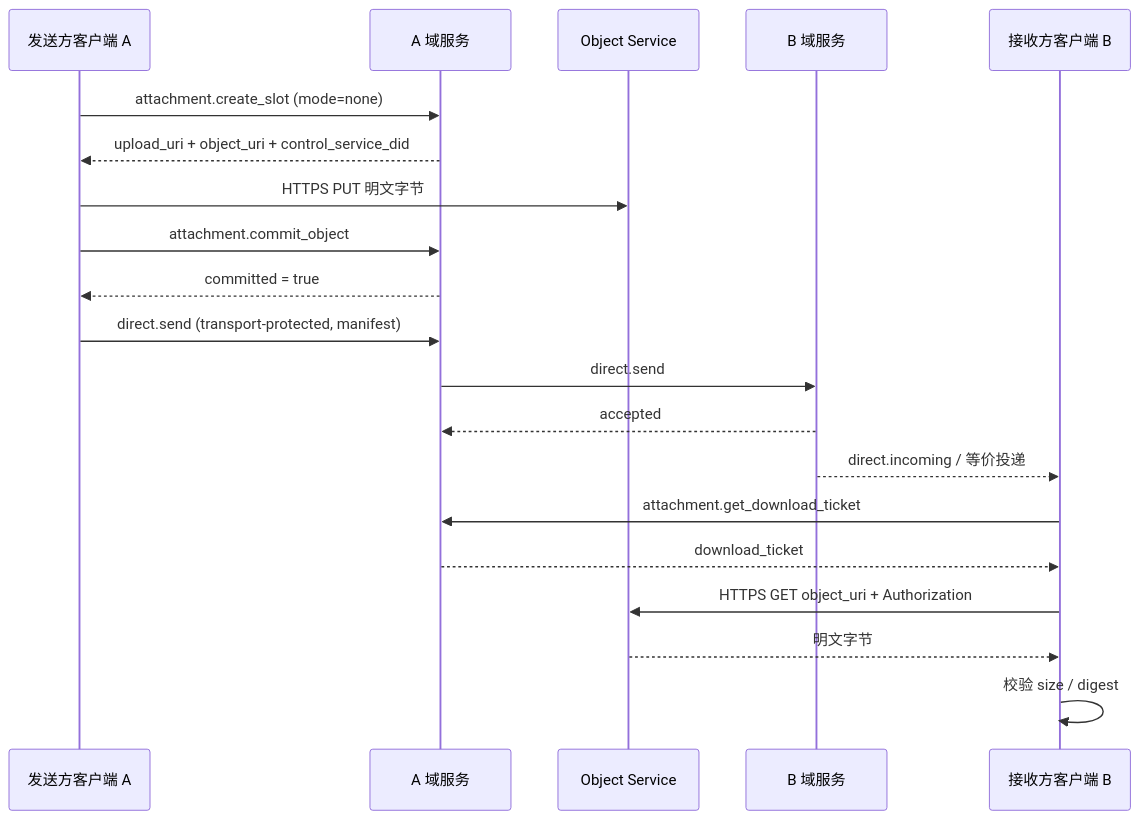
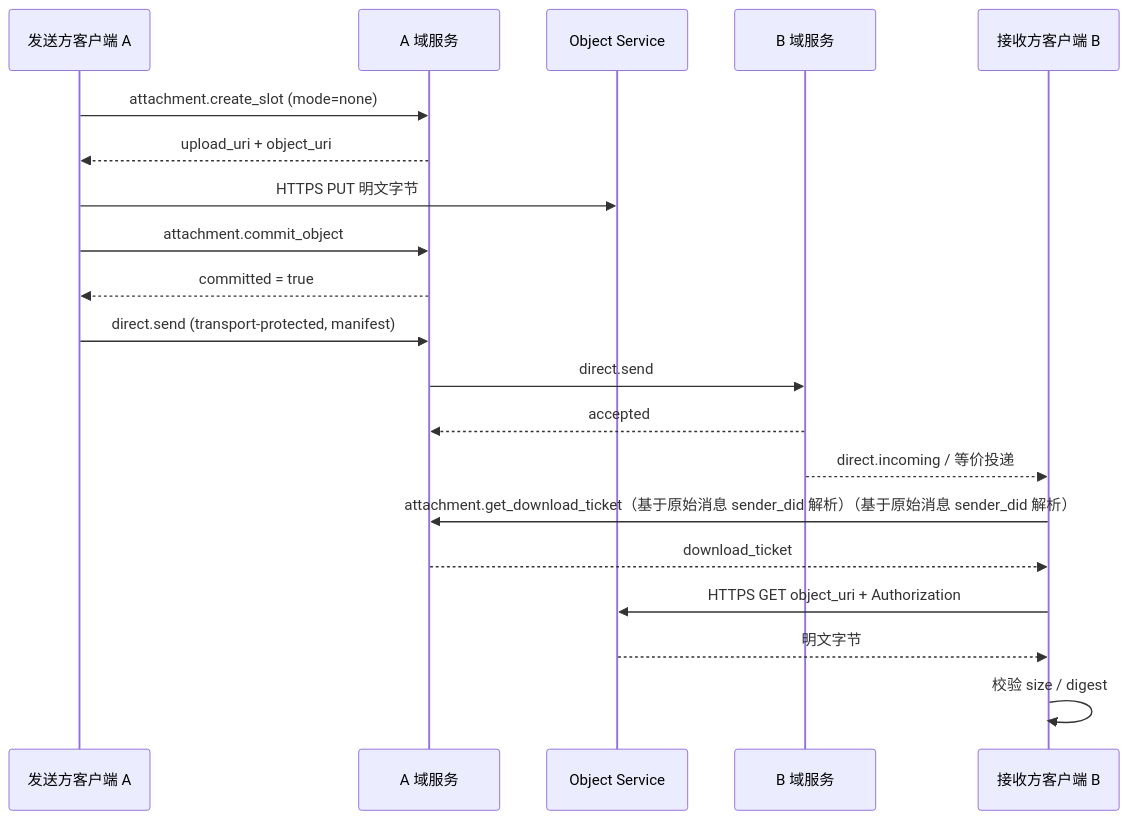
The second of 5 diagrams in chinese/message/07-附件与对象传输.md (NeatNerdPrime/AgentNetworkProtocol), drawn with Mermaid before and after one commit. The commit also changed other lines of this file and 3 other files, not shown here.

````diff
--- a/chinese/message/07-附件与对象传输.md
+++ b/chinese/message/07-附件与对象传输.md
@@ -194,23 +194,23 @@
 ```mermaid
 sequenceDiagram
     participant A as 发送方客户端 A
     participant AS as A 域服务
     participant OS as Object Service
     participant BS as B 域服务
     participant B as 接收方客户端 B
 
     A->>AS: attachment.create_slot (mode=none)
-    AS-->>A: upload_uri + object_uri + control_service_did
+    AS-->>A: upload_uri + object_uri
     A->>OS: HTTPS PUT 明文字节
     A->>AS: attachment.commit_object
     AS-->>A: committed = true
     A->>AS: direct.send (transport-protected, manifest)
     AS->>BS: direct.send
     BS-->>AS: accepted
     BS-->>B: direct.incoming / 等价投递
-    B->>AS: attachment.get_download_ticket
+    B->>AS: attachment.get_download_ticket（基于原始消息 sender_did 解析）（基于原始消息 sender_did 解析）
     AS-->>B: download_ticket
     B->>OS: HTTPS GET object_uri + Authorization
     OS-->>B: 明文字节
     B->>B: 校验 size / digest
 ```
````
